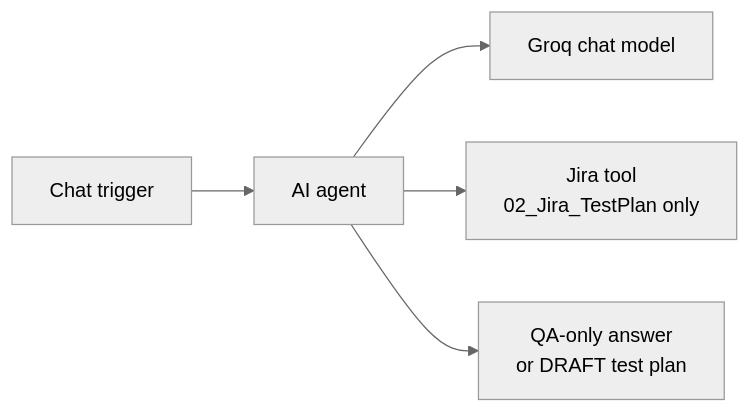
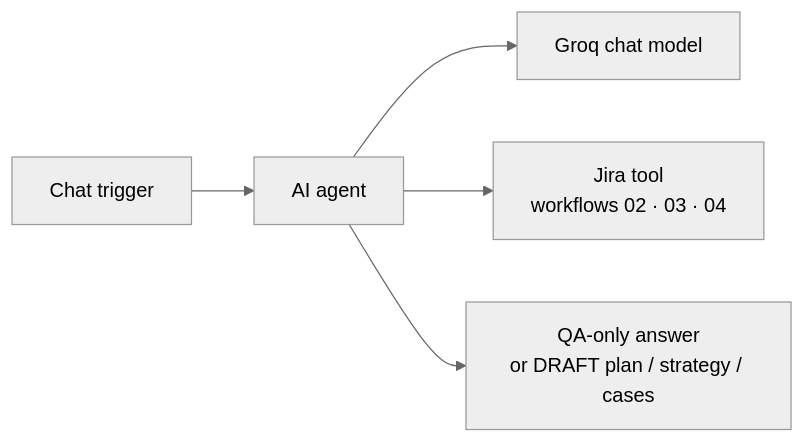
One commit to SathishQASelenium/AITesterBlueprint5x changed the ninth of 9 diagrams in README.md. Above: the diagram before and after it, drawn with Mermaid (neutral theme). The commit also changed other lines of this file and 65 other files, not shown here.

````diff
--- a/README.md
+++ b/README.md
@@ -343,7 +457,7 @@
 ```mermaid
 flowchart LR
     CT["Chat trigger"] --> AG["AI agent"]
     AG --> GM["Groq chat model"]
-    AG --> JT["Jira tool<br/>02_Jira_TestPlan only"]
-    AG --> OUT["QA-only answer<br/>or DRAFT test plan"]
+    AG --> JT["Jira tool<br/>workflows 02 · 03 · 04"]
+    AG --> OUT["QA-only answer<br/>or DRAFT plan / strategy / cases"]
 ```
````
